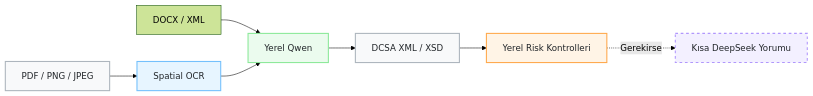
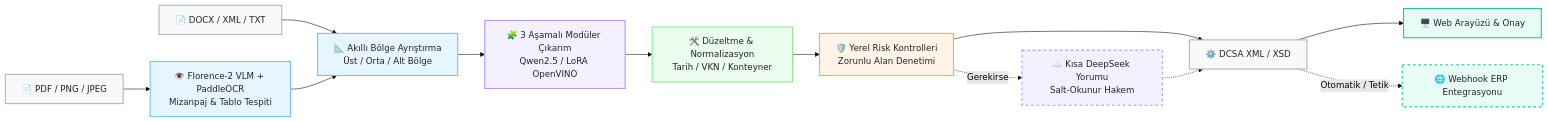
Before and after one commit to mecik-arda/CerberusVision: the diagram in README.md, drawn with Mermaid (forest theme). The commit also changed 24 other files, not shown here.

First line of the commit message:
feat(pipeline): 3 asamali moduler cikarim, Florence-2 VLM, LoRA ve Webhook entegrasyonu

````diff
--- a/README.md
+++ b/README.md
@@ -20,16 +20,26 @@
 ```mermaid
 graph LR
-    A[PDF / PNG / JPEG] --> B[Spatial OCR]
-    T[DOCX / XML] --> C
-    B --> C[Yerel Qwen]
-    C --> D[DCSA XML / XSD]
-    D --> E[Yerel Risk Kontrolleri]
-    E -.->|Gerekirse| F[Kısa DeepSeek Yorumu]
+    A[📄 PDF / PNG / JPEG] --> B[👁️ Florence-2 VLM + PaddleOCR<br/>Mizanpaj & Tablo Tespiti]
+    T[📄 DOCX / XML / TXT] --> C
+    B --> C[📐 Akıllı Bölge Ayrıştırma<br/>Üst / Orta / Alt Bölge]
+    C --> D[🧩 3 Aşamalı Modüler Çıkarım<br/>Qwen2.5 / LoRA OpenVINO]
+    D --> E[🛠️ Düzeltme & Normalizasyon<br/>Tarih / VKN / Konteyner]
+    E --> F[🛡️ Yerel Risk Kontrolleri<br/>Zorunlu Alan Denetimi]
+    F -.->|Gerekirse| G[☁️ Kısa DeepSeek Yorumu<br/>Salt-Okunur Hakem]
+    F --> H[⚙️ DCSA XML / XSD]
+    G -.-> H
+    H --> I[🖥️ Web Arayüzü & Onay]
+    H -.->|Otomatik / Tetik| J[🌐 Webhook ERP Entegrasyonu]
 
     style A fill:#f8f9fa,stroke:#adb5bd,stroke-width:2px,color:#212529
+    style T fill:#f8f9fa,stroke:#adb5bd,stroke-width:2px,color:#212529
     style B fill:#e7f5ff,stroke:#74c0fc,stroke-width:2px,color:#212529
-    style C fill:#ebfbee,stroke:#8ce99a,stroke-width:2px,color:#212529
-    style D fill:#f8f9fa,stroke:#adb5bd,stroke-width:2px,color:#212529
-    style E fill:#fff4e6,stroke:#ffa94d,stroke-width:2px,color:#212529
-    style F fill:#f3f0ff,stroke:#b197fc,stroke-width:2px,color:#212529,stroke-dasharray: 5 5
+    style C fill:#e7f5ff,stroke:#74c0fc,stroke-width:2px,color:#212529
+    style D fill:#f3f0ff,stroke:#b197fc,stroke-width:2px,color:#212529
+    style E fill:#ebfbee,stroke:#8ce99a,stroke-width:2px,color:#212529
+    style F fill:#fff4e6,stroke:#ffa94d,stroke-width:2px,color:#212529
+    style G fill:#f3f0ff,stroke:#b197fc,stroke-width:2px,color:#212529,stroke-dasharray: 5 5
+    style H fill:#f8f9fa,stroke:#adb5bd,stroke-width:2px,color:#212529
+    style I fill:#e6fcf5,stroke:#20c997,stroke-width:2px,color:#212529
+    style J fill:#e6fcf5,stroke:#20c997,stroke-width:2px,color:#212529,stroke-dasharray: 5 5
 ```
````
